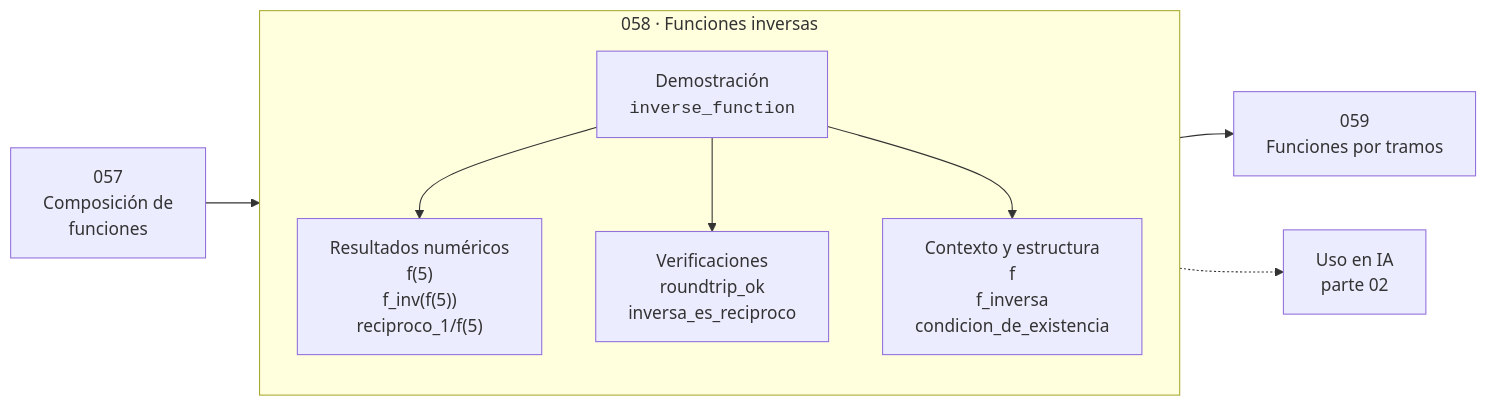
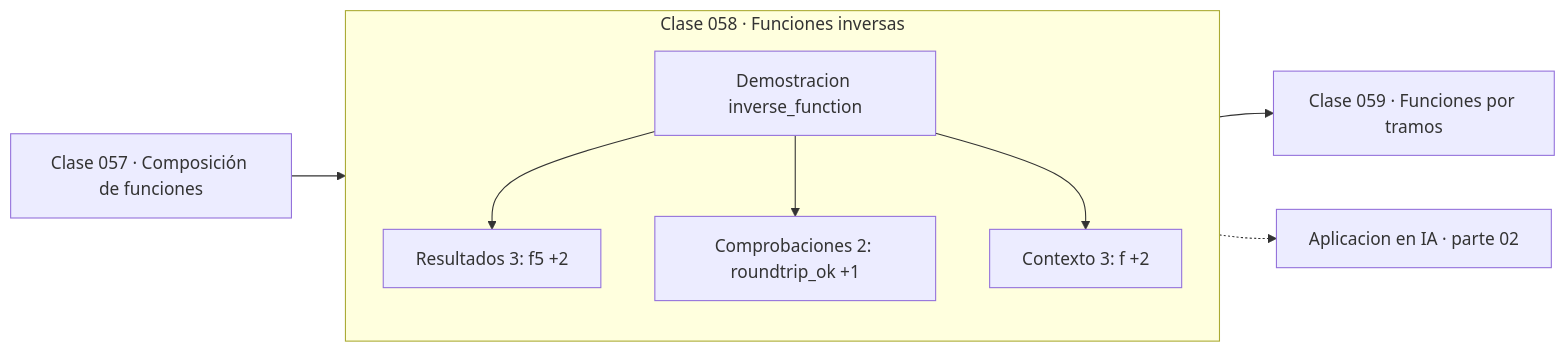
Before and after one commit to vladimiracunadev-create/computational-mathematics-program: the diagram in classes/part-02-algebra-y-funciones/058-funciones-inversas/README.md, drawn with Mermaid. The commit also changed 389 other files, not shown here.

First line of the commit message:
fix(diagramas): elimina el HTML de las etiquetas Mermaid

````diff
--- a/classes/part-02-algebra-y-funciones/058-funciones-inversas/README.md
+++ b/classes/part-02-algebra-y-funciones/058-funciones-inversas/README.md
@@ -35,12 +35,13 @@
 ```mermaid
 flowchart LR
-    P["057<br/>Composición de<br/>funciones"] --> C
-    subgraph C["058 · Funciones inversas"]
+    P["Clase 057 · Composición de funciones"] --> D
+    subgraph CLASE["Clase 058 · Funciones inversas"]
         direction TB
-        D["Demostración<br/><code>inverse_function</code>"] --> R["Resultados numéricos<br/>f(5)<br/>f_inv(f(5))<br/>reciproco_1/f(5)"]
-        D --> V["Verificaciones<br/>roundtrip_ok<br/>inversa_es_reciproco"]
-        D --> O["Contexto y estructura<br/>f<br/>f_inversa<br/>condicion_de_existencia"]
+        D["Demostracion inverse_function"]
+        D --> R["Resultados 3: f5 +2"]
+        D --> V["Comprobaciones 2: roundtrip_ok +1"]
+        D --> O["Contexto 3: f +2"]
     end
-    C --> N["059<br/>Funciones por tramos"]
-    C -.-> IA["Uso en IA<br/>parte 02"]
+    R --> N["Clase 059 · Funciones por tramos"]
+    V -.-> IA["Aplicacion en IA · parte 02"]
 ```
````
